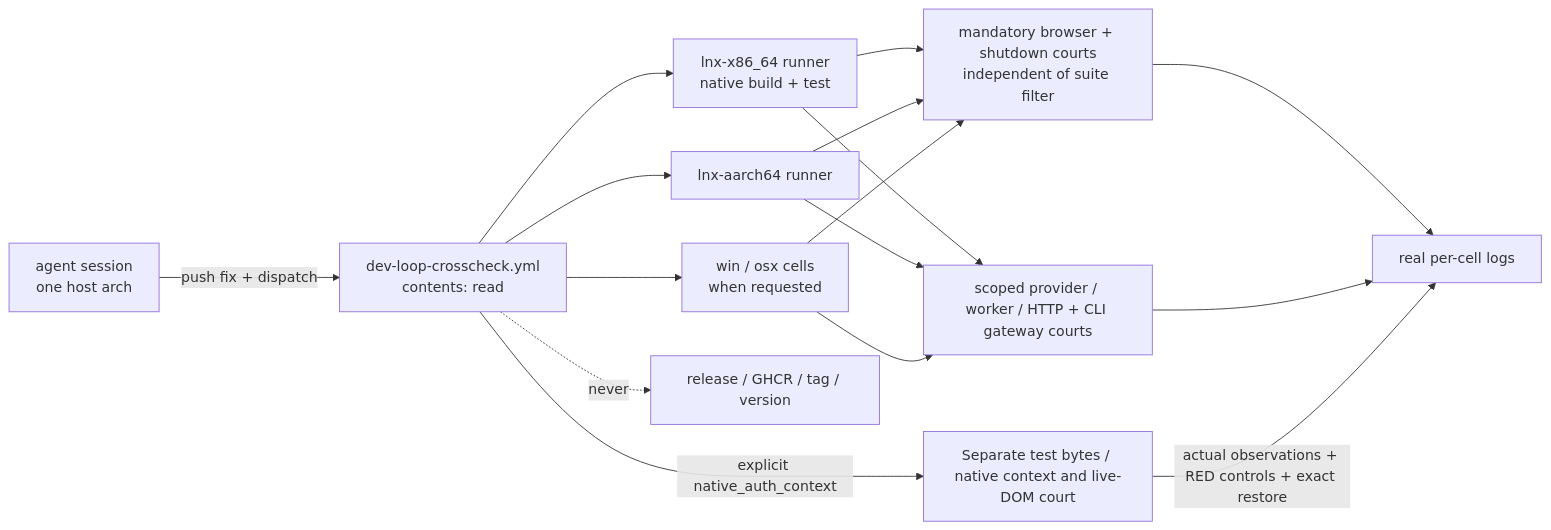
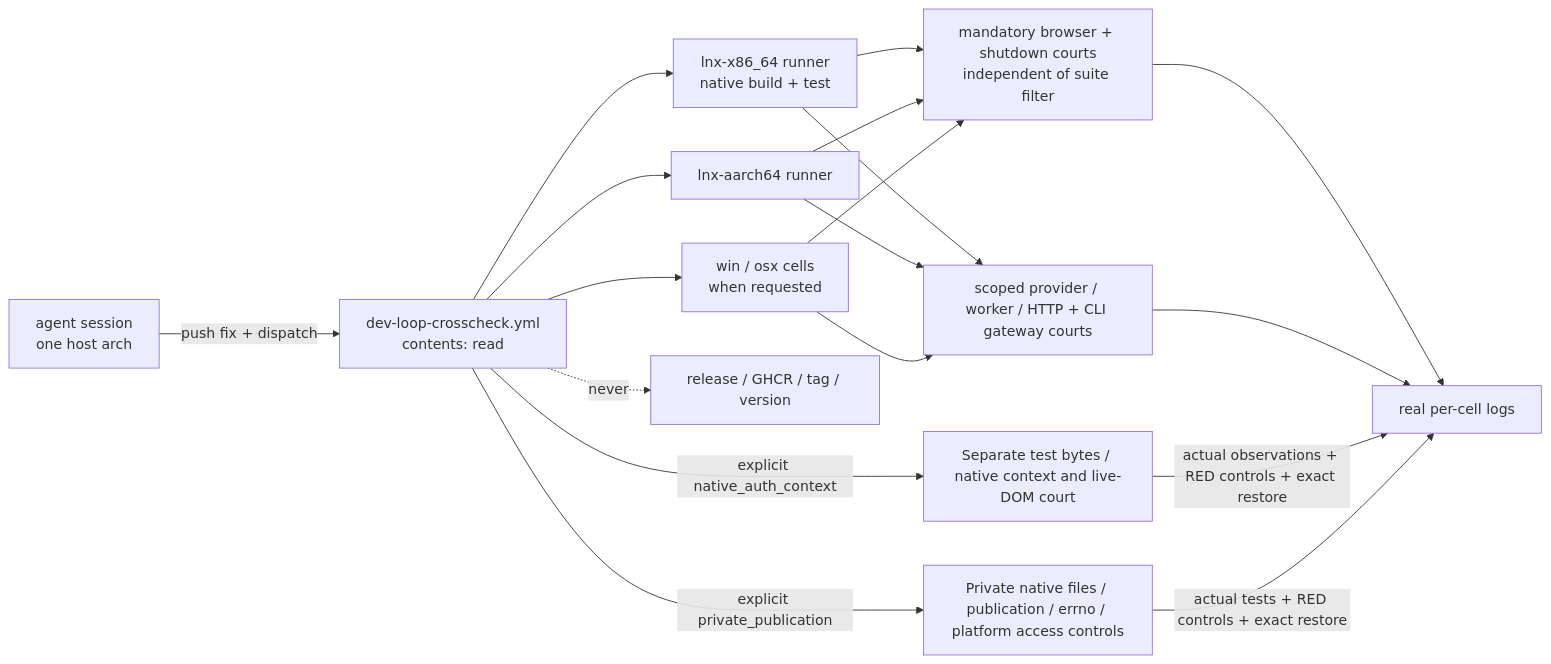
Before and after one commit to partnernetsoftware/minicon: the diagram in prd/PRD_02_32_dev_loop_crosscheck.md, drawn with Mermaid. The commit also changed other lines of this file and 9 other files, not shown here.

Commit message:
test: diagnose native account persistence and qualify private publication

````diff
--- a/prd/PRD_02_32_dev_loop_crosscheck.md
+++ b/prd/PRD_02_32_dev_loop_crosscheck.md
@@ -38,14 +43,16 @@
 ```mermaid
 flowchart LR
     A["agent session<br/>one host arch"] -->|push fix + dispatch| W["dev-loop-crosscheck.yml<br/>contents: read"]
     W --> C1["lnx-x86_64 runner<br/>native build + test"]
     W --> C2["lnx-aarch64 runner"]
     W --> C3["win / osx cells<br/>when requested"]
     C1 & C2 & C3 --> M["mandatory browser + shutdown courts<br/>independent of suite filter"]
     M --> L["real per-cell logs"]
     C1 & C2 & C3 --> G["scoped provider / worker / HTTP + CLI gateway courts"]
     G --> L
     W -->|explicit native_auth_context| T[Separate test bytes / native context and live-DOM court]
     T -->|actual observations + RED controls + exact restore| L
+    W -->|explicit private_publication| PP[Private native files / publication / errno / platform access controls]
+    PP -->|actual tests + RED controls + exact restore| L
     W -. never .-> R["release / GHCR / tag / version"]
 ```
````
